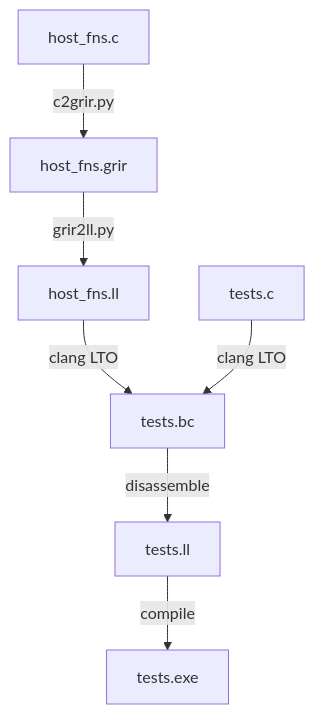
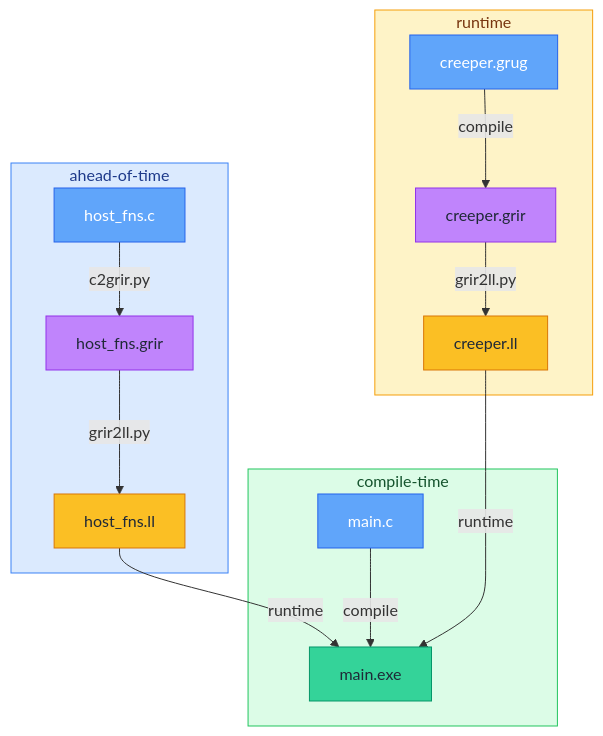
The diagram in README.md (grug-lang/grug-ir), drawn with Mermaid before and after one commit.

Commit message:
docs: organize and color mermaid diagram

````diff
--- a/README.md
+++ b/README.md
@@ -7,8 +7,25 @@
 ```mermaid
 graph TD
-    A[host_fns.c] -->|c2grir.py| B[host_fns.grir]
-    B -->|grir2ll.py| C[host_fns.ll]
-    C & D[tests.c] -->|clang LTO| E[tests.bc]
-    E -->|disassemble| F[tests.ll]
-    F -->|compile| G[tests.exe]
+    classDef source fill:#60a5fa,stroke:#2563eb,color:#fff
+    classDef grir   fill:#c084fc,stroke:#9333ea,color:#1f2937
+    classDef llir   fill:#fbbf24,stroke:#d97706,color:#1f2937
+    classDef binary fill:#34d399,stroke:#059669,color:#1f2937
+
+    subgraph rt[runtime]
+        H[creeper.grug]:::source -->|compile| I[creeper.grir]:::grir
+        I -->|grir2ll.py| J[creeper.ll]:::llir
+    end
+    subgraph aot[ahead-of-time]
+        A[host_fns.c]:::source -->|c2grir.py| B[host_fns.grir]:::grir
+        B -->|grir2ll.py| C[host_fns.ll]:::llir
+    end
+    subgraph ct[compile-time]
+        D[main.c]:::source -->|compile| G[main.exe]:::binary
+    end
+    H ~~~ A
+    C & J -->|runtime| G
+
+    style aot fill:#dbeafe,stroke:#3b82f6,color:#1e3a8a
+    style ct  fill:#dcfce7,stroke:#22c55e,color:#14532d
+    style rt  fill:#fef3c7,stroke:#f59e0b,color:#78350f
 ```
````
